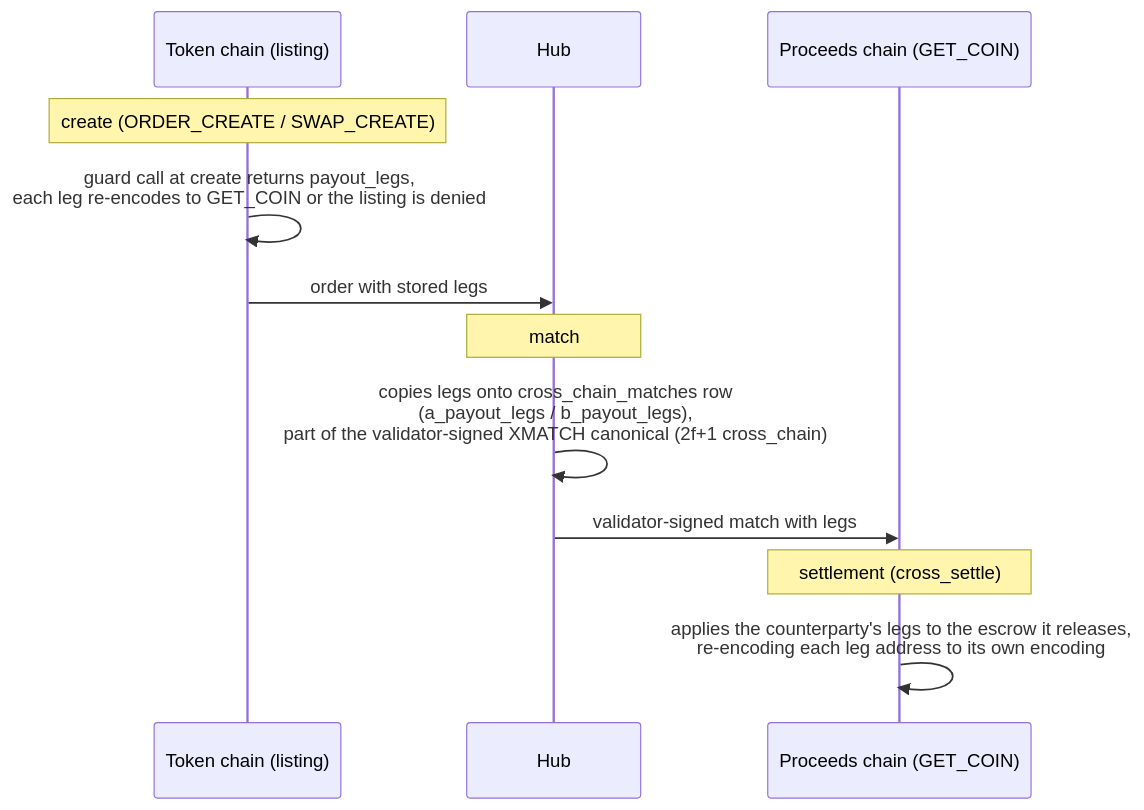
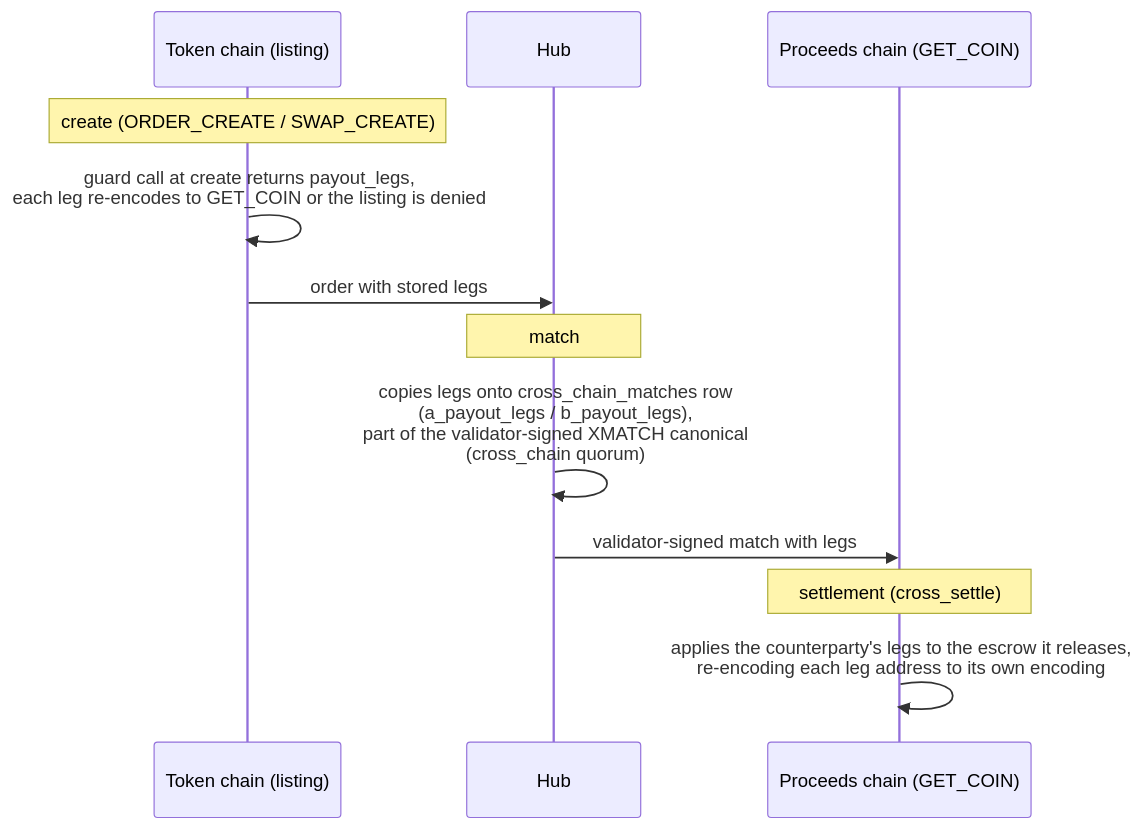
The third of 3 diagrams in protocol/controller-bound-tokens.md (XChain-Platform/xchain-documentation), drawn with Mermaid before and after one commit. The commit also changed other lines of this file and 62 other files, not shown here.

````diff
--- a/protocol/controller-bound-tokens.md
+++ b/protocol/controller-bound-tokens.md
@@ -262,15 +264,15 @@
 ```mermaid
 sequenceDiagram
     participant TokenChain as Token chain (listing)
     participant Hub
     participant ProceedsChain as Proceeds chain (GET_COIN)
 
     Note over TokenChain: create (ORDER_CREATE / SWAP_CREATE)
     TokenChain->>TokenChain: guard call at create returns payout_legs,<br>each leg re-encodes to GET_COIN or the listing is denied
     TokenChain->>Hub: order with stored legs
     Note over Hub: match
-    Hub->>Hub: copies legs onto cross_chain_matches row<br>(a_payout_legs / b_payout_legs),<br>part of the validator-signed XMATCH canonical (2f+1 cross_chain)
+    Hub->>Hub: copies legs onto cross_chain_matches row<br>(a_payout_legs / b_payout_legs),<br>part of the validator-signed XMATCH canonical<br>(cross_chain quorum)
     Hub->>ProceedsChain: validator-signed match with legs
     Note over ProceedsChain: settlement (cross_settle)
     ProceedsChain->>ProceedsChain: applies the counterparty's legs to the escrow it releases,<br>re-encoding each leg address to its own encoding
 ```
````
